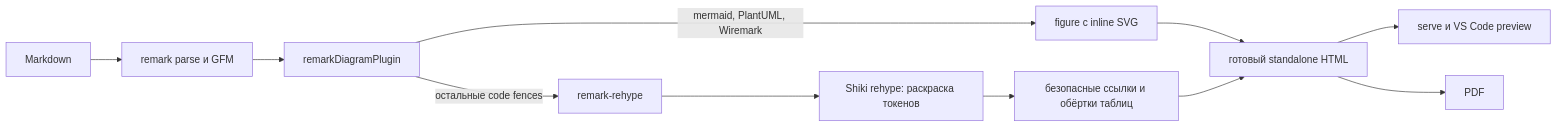
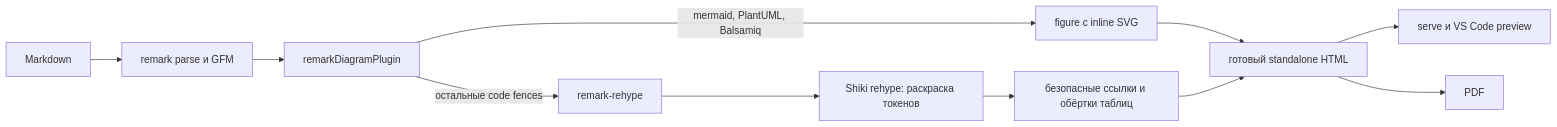
Before and after one commit to evgenyigumnov/blueprint4llm: the diagram in dev-docs/plan-highlight.md, drawn with Mermaid. The commit also changed other lines of this file and 65 other files, not shown here.

````diff
--- a/dev-docs/plan-highlight.md
+++ b/dev-docs/plan-highlight.md
@@ -28,13 +28,13 @@
 ```mermaid
 flowchart LR
   MD[Markdown] --> R[remark parse и GFM]
   R --> D[remarkDiagramPlugin]
-  D -->|mermaid, PlantUML, Wiremark| SVG[figure с inline SVG]
+  D -->|mermaid, PlantUML, Balsamiq| SVG[figure с inline SVG]
   D -->|остальные code fences| H[remark-rehype]
   H --> S[Shiki rehype: раскраска токенов]
   S --> SAFE[безопасные ссылки и обёртки таблиц]
   SVG --> OUT[готовый standalone HTML]
   SAFE --> OUT
   OUT --> PREVIEW[serve и VS Code preview]
   OUT --> PDF[PDF]
 ```
````
